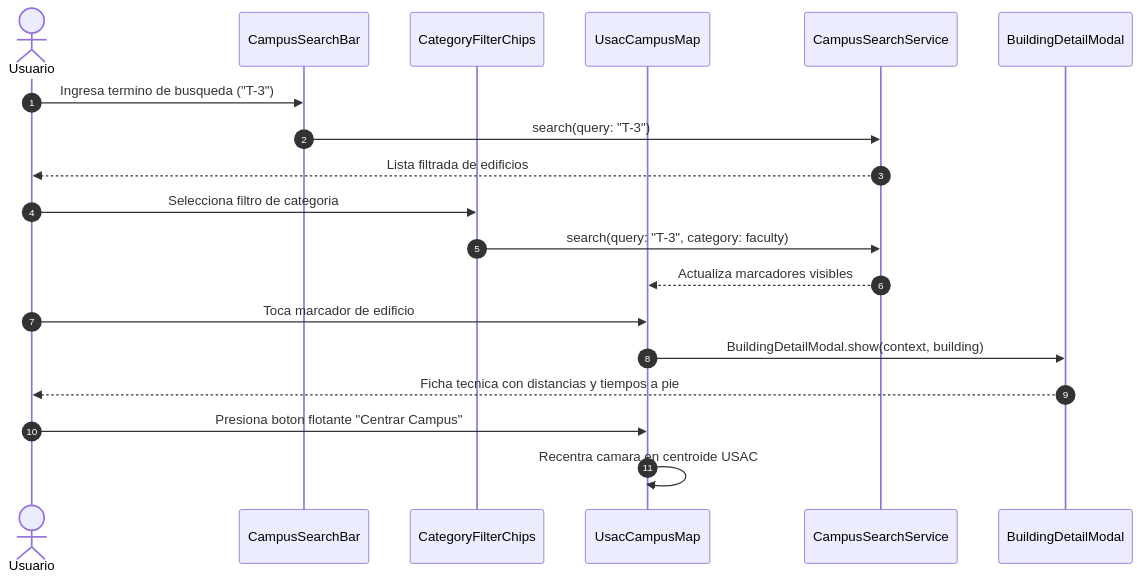
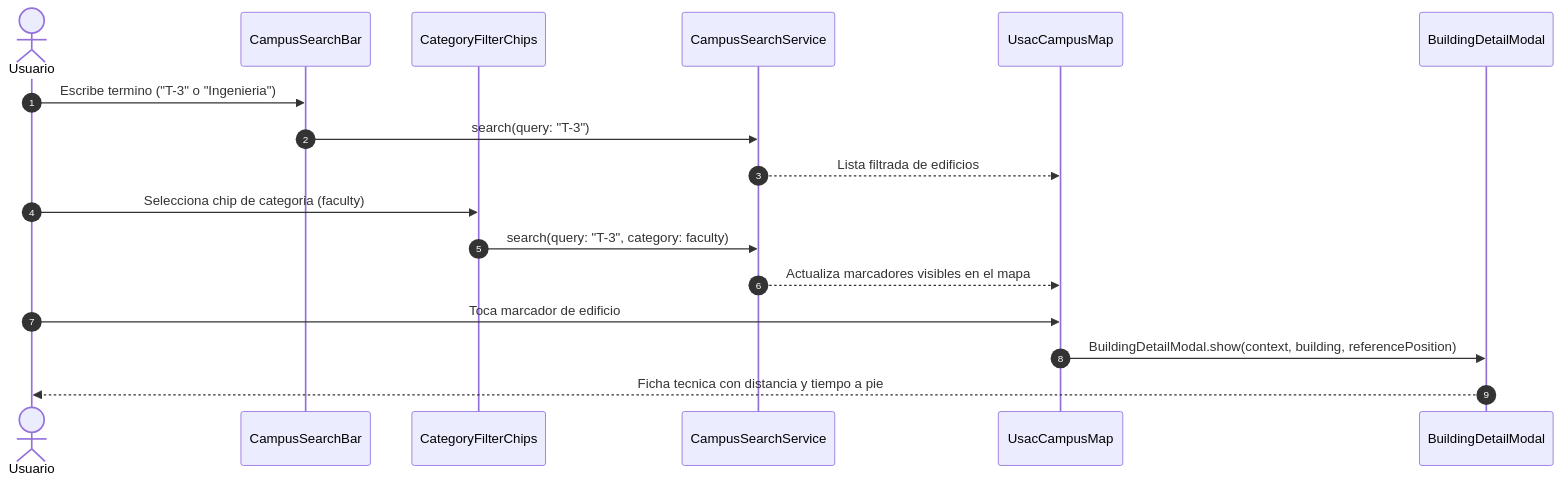
The third of 4 diagrams in README.md (Trebol4Devop/usac_campus_map), drawn with Mermaid before and after one commit. The commit also changed other lines of this file, not shown here.

Commit message:
docs(readme): expand technical documentation and system diagrams for routing and map clipping

````diff
--- a/README.md
+++ b/README.md
@@ -251,22 +306,20 @@
 ```mermaid
 sequenceDiagram
     autonumber
     actor Usuario
     participant SearchBar as CampusSearchBar
     participant Chips as CategoryFilterChips
+    participant SearchService as CampusSearchService
     participant MapWidget as UsacCampusMap
-    participant SearchService as CampusSearchService
     participant Modal as BuildingDetailModal
 
-    Usuario->>SearchBar: Ingresa termino de busqueda ("T-3")
+    Usuario->>SearchBar: Escribe termino ("T-3" o "Ingenieria")
     SearchBar->>SearchService: search(query: "T-3")
-    SearchService-->>Usuario: Lista filtrada de edificios
-    Usuario->>Chips: Selecciona filtro de categoria
+    SearchService-->>MapWidget: Lista filtrada de edificios
+    Usuario->>Chips: Selecciona chip de categoria (faculty)
     Chips->>SearchService: search(query: "T-3", category: faculty)
-    SearchService-->>MapWidget: Actualiza marcadores visibles
+    SearchService-->>MapWidget: Actualiza marcadores visibles en el mapa
     Usuario->>MapWidget: Toca marcador de edificio
-    MapWidget->>Modal: BuildingDetailModal.show(context, building)
-    Modal-->>Usuario: Ficha tecnica con distancias y tiempos a pie
-    Usuario->>MapWidget: Presiona boton flotante "Centrar Campus"
-    MapWidget->>MapWidget: Recentra camara en centroide USAC
+    MapWidget->>Modal: BuildingDetailModal.show(context, building, referencePosition)
+    Modal-->>Usuario: Ficha tecnica con distancia y tiempo a pie
 ```
````
